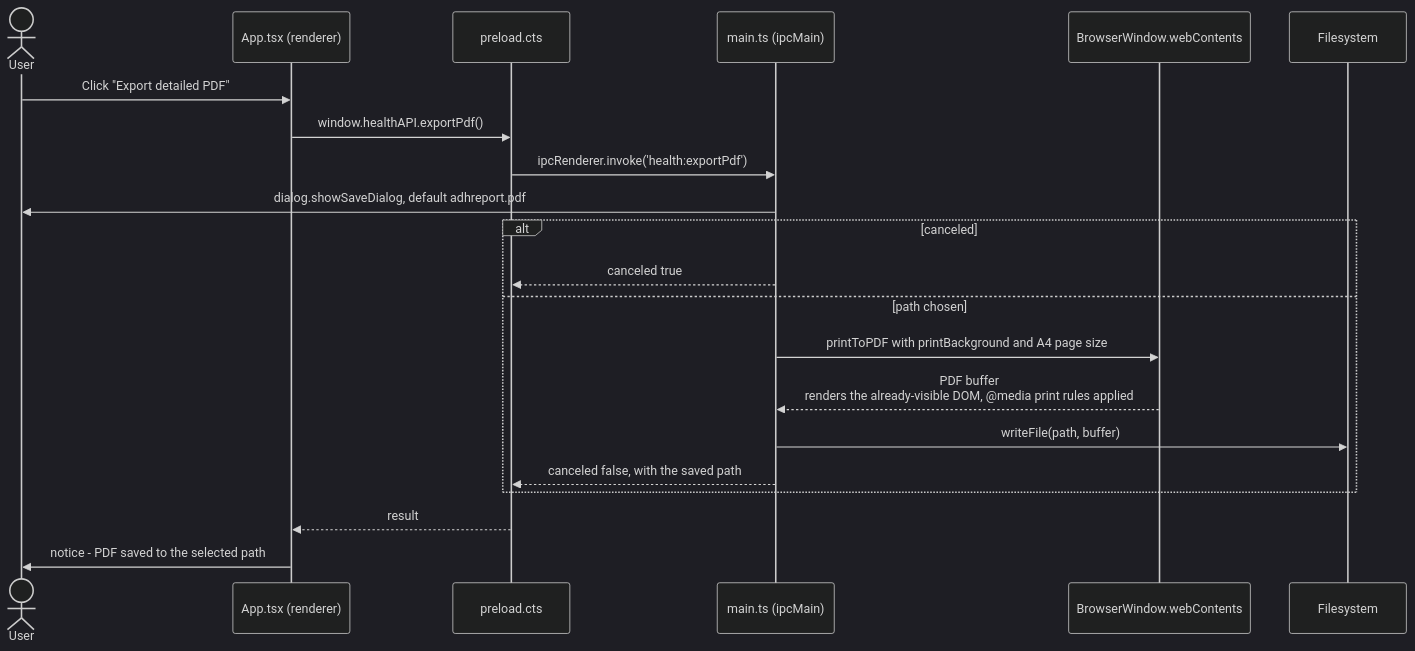
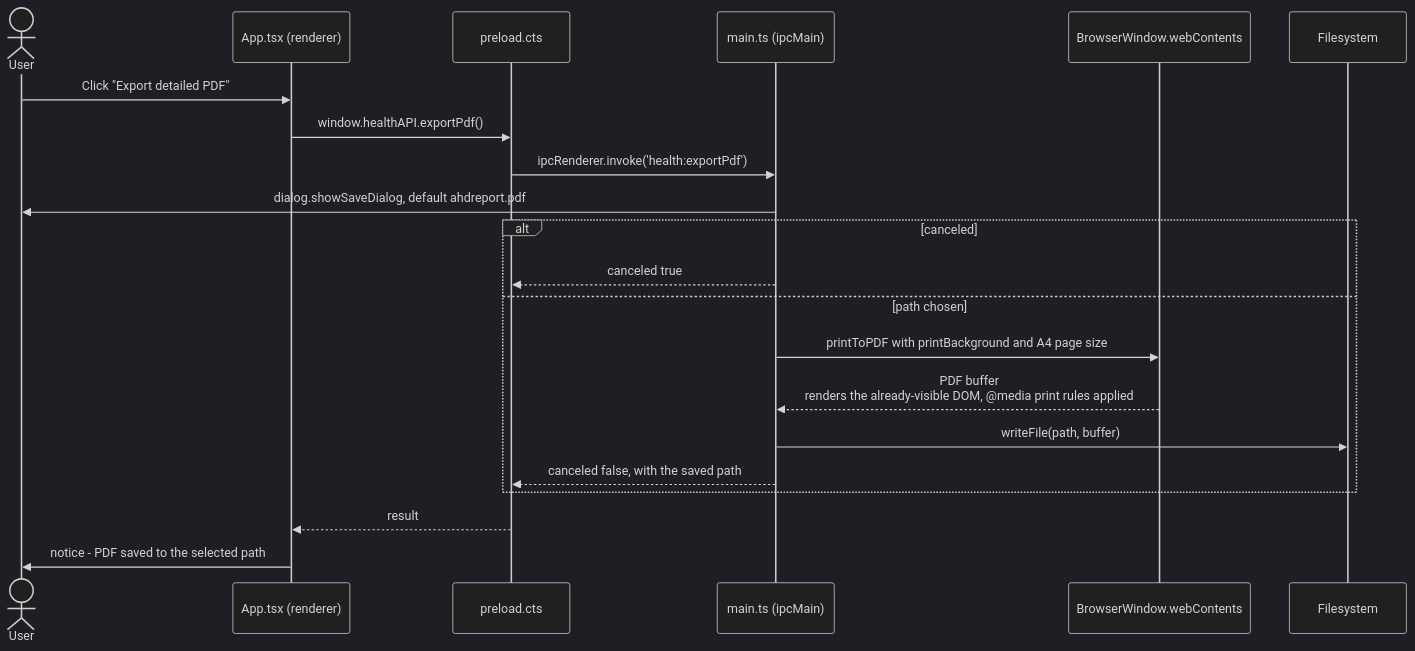
One commit to kiforsbe/ahdreport changed the fifth of 6 diagrams in docs/ARCHITECTURE.md. Above: the diagram before and after it, drawn with Mermaid (dark theme). The commit also changed other lines of this file and 15 other files, not shown here.

Commit message:
Prepare AHDReport for release and fix PDF export

````diff
--- a/docs/ARCHITECTURE.md
+++ b/docs/ARCHITECTURE.md
@@ -256,24 +256,24 @@
 ```mermaid
 sequenceDiagram
     actor User
     participant UI as App.tsx (renderer)
     participant Bridge as preload.cts
     participant Main as main.ts (ipcMain)
     participant Win as BrowserWindow.webContents
     participant FS as Filesystem
 
     User->>UI: Click "Export detailed PDF"
     UI->>Bridge: window.healthAPI.exportPdf()
     Bridge->>Main: ipcRenderer.invoke('health:exportPdf')
-    Main->>User: dialog.showSaveDialog, default adhreport.pdf
+    Main->>User: dialog.showSaveDialog, default ahdreport.pdf
     alt canceled
         Main-->>Bridge: canceled true
     else path chosen
         Main->>Win: printToPDF with printBackground and A4 page size
         Win-->>Main: PDF buffer<br/>renders the already-visible DOM, @media print rules applied
         Main->>FS: writeFile(path, buffer)
         Main-->>Bridge: canceled false, with the saved path
     end
     Bridge-->>UI: result
     UI->>User: notice - PDF saved to the selected path
 ```
````
